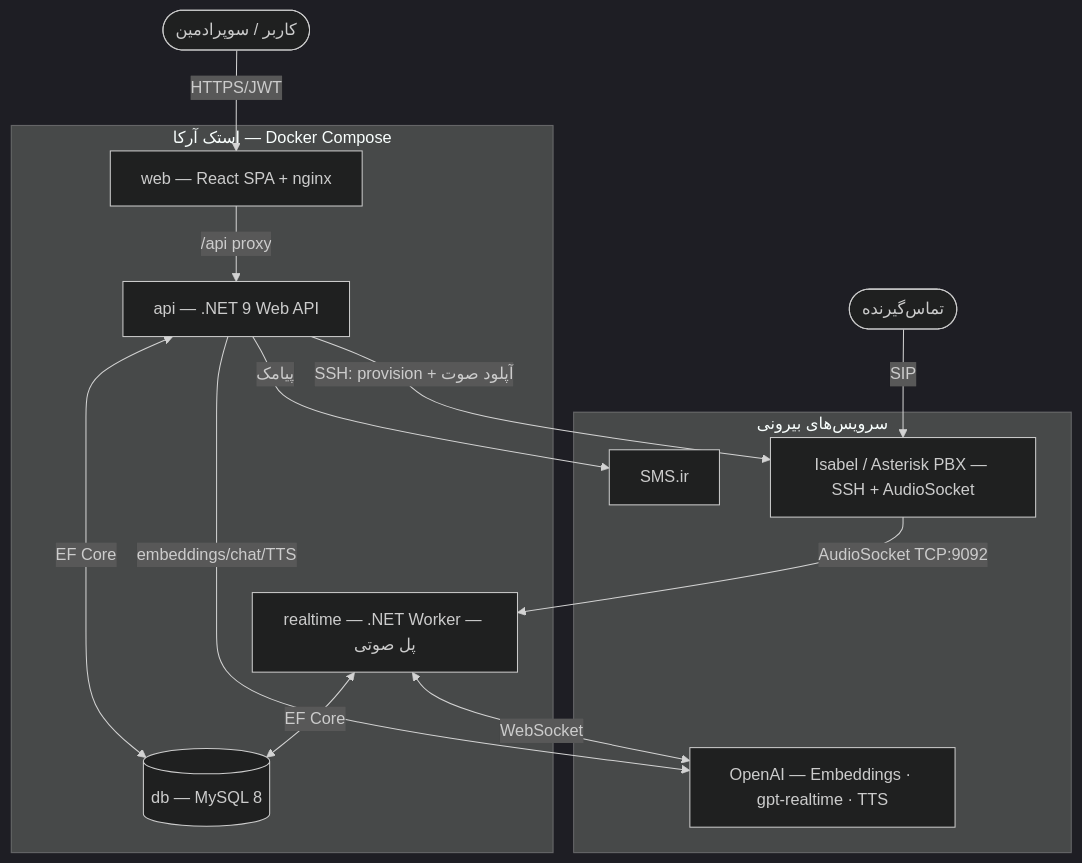
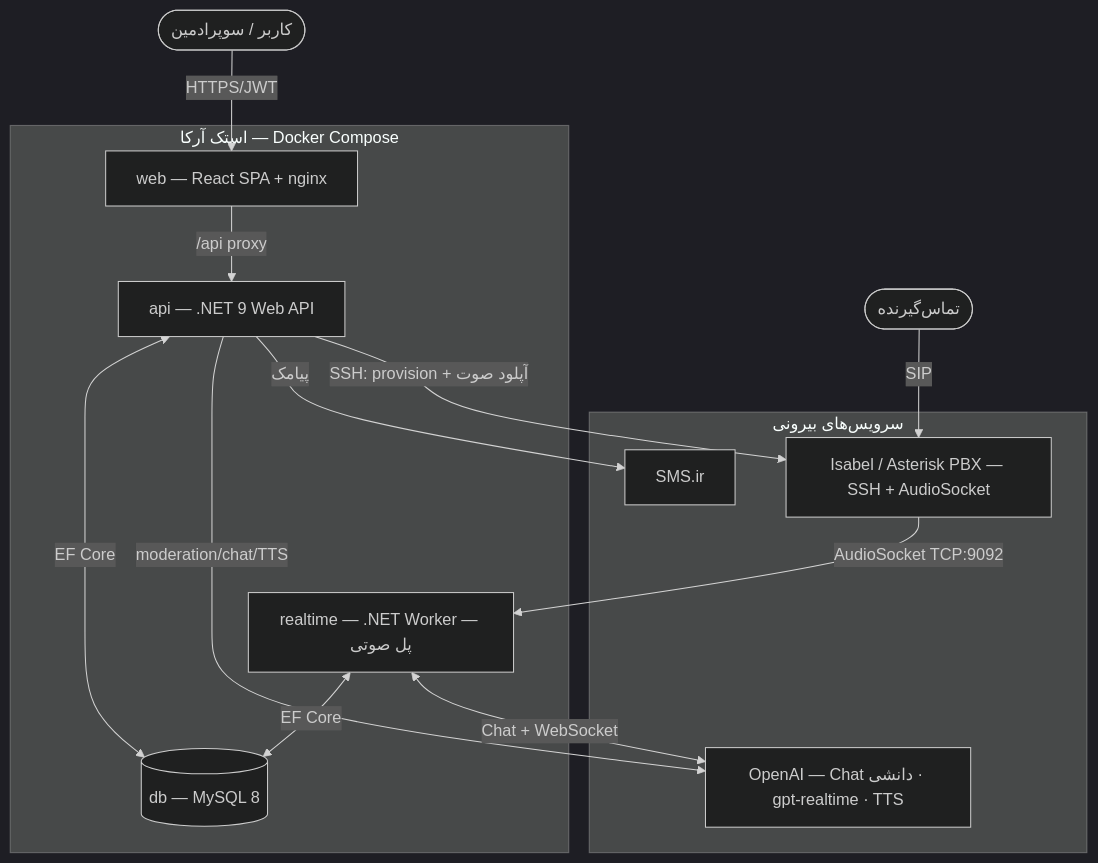
One commit to mohamadkheiry/ArkaCallCenterDemo changed the first of 8 diagrams in docs/ARCHITECTURE.md. Above: the diagram before and after it, drawn with Mermaid (dark theme). The commit also changed other lines of this file and 18 other files, not shown here.

````diff
--- a/docs/ARCHITECTURE.md
+++ b/docs/ARCHITECTURE.md
@@ -37,30 +37,30 @@
 ```mermaid
 flowchart TB
     caller([تماس‌گیرنده])
     user([کاربر / سوپرادمین])
 
     subgraph ext ["سرویس‌های بیرونی"]
-      openai["OpenAI — Embeddings · gpt-realtime · TTS"]
+      openai["OpenAI — Chat دانشی · gpt-realtime · TTS"]
       smsir["SMS.ir"]
       isabel["Isabel / Asterisk PBX — SSH + AudioSocket"]
     end
 
     subgraph stack ["استک آرکا — Docker Compose"]
       web["web — React SPA + nginx"]
       api["api — .NET 9 Web API"]
       realtime["realtime — .NET Worker — پل صوتی"]
       db[("db — MySQL 8")]
     end
 
     user -->|HTTPS/JWT| web
     web -->|/api proxy| api
     api <-->|EF Core| db
     realtime <-->|EF Core| db
-    api -->|embeddings/chat/TTS| openai
+    api -->|moderation/chat/TTS| openai
     api -->|پیامک| smsir
     api -->|SSH: provision + آپلود صوت| isabel
 
     caller -->|SIP| isabel
     isabel -->|AudioSocket TCP:9092| realtime
-    realtime <-->|WebSocket| openai
+    realtime <-->|Chat + WebSocket| openai
 ```
````
